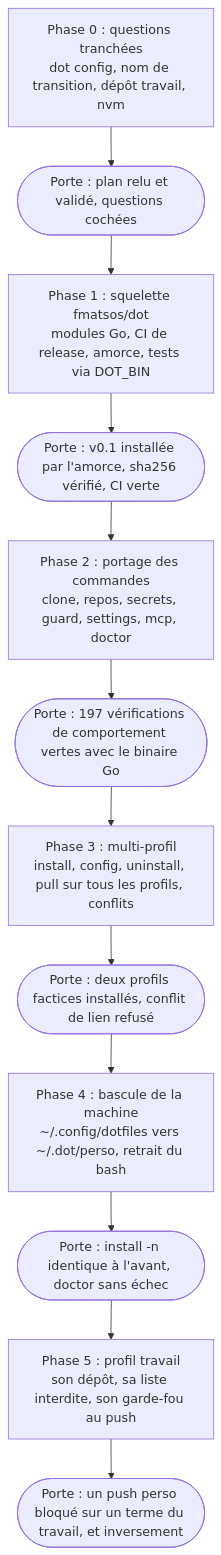
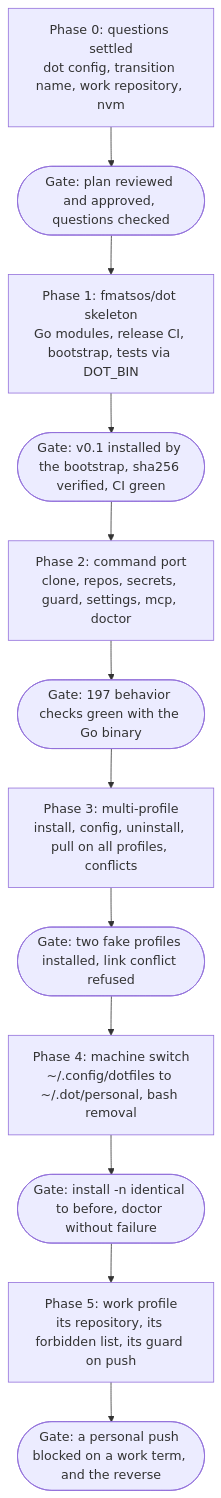
One commit to fmatsos/dot changed the second of 2 diagrams in PLAN.md. Above: the diagram before and after it, drawn with Mermaid. The commit also changed other lines of this file and 119 other files, not shown here.

````diff
--- a/PLAN.md
+++ b/PLAN.md
@@ -208,16 +208,16 @@
 ```mermaid
 flowchart TD
-  P0["Phase 0 : questions tranchées<br/>dot config, nom de transition, dépôt travail, nvm"]
-  G0(["Porte : plan relu et validé, questions cochées"])
-  P1["Phase 1 : squelette fmatsos/dot<br/>modules Go, CI de release, amorce, tests via DOT_BIN"]
-  G1(["Porte : v0.1 installée par l'amorce, sha256 vérifié, CI verte"])
-  P2["Phase 2 : portage des commandes<br/>clone, repos, secrets, guard, settings, mcp, doctor"]
-  G2(["Porte : 197 vérifications de comportement vertes avec le binaire Go"])
-  P3["Phase 3 : multi-profil<br/>install, config, uninstall, pull sur tous les profils, conflits"]
-  G3(["Porte : deux profils factices installés, conflit de lien refusé"])
-  P4["Phase 4 : bascule de la machine<br/>~/.config/dotfiles vers ~/.dot/perso, retrait du bash"]
-  G4(["Porte : install -n identique à l'avant, doctor sans échec"])
-  P5["Phase 5 : profil travail<br/>son dépôt, sa liste interdite, son garde-fou au push"]
-  G5(["Porte : un push perso bloqué sur un terme du travail, et inversement"])
+  P0["Phase 0: questions settled<br/>dot config, transition name, work repository, nvm"]
+  G0(["Gate: plan reviewed and approved, questions checked"])
+  P1["Phase 1: fmatsos/dot skeleton<br/>Go modules, release CI, bootstrap, tests via DOT_BIN"]
+  G1(["Gate: v0.1 installed by the bootstrap, sha256 verified, CI green"])
+  P2["Phase 2: command port<br/>clone, repos, secrets, guard, settings, mcp, doctor"]
+  G2(["Gate: 197 behavior checks green with the Go binary"])
+  P3["Phase 3: multi-profile<br/>install, config, uninstall, pull on all profiles, conflicts"]
+  G3(["Gate: two fake profiles installed, link conflict refused"])
+  P4["Phase 4: machine switch<br/>~/.config/dotfiles to ~/.dot/personal, bash removal"]
+  G4(["Gate: install -n identical to before, doctor without failure"])
+  P5["Phase 5: work profile<br/>its repository, its forbidden list, its guard on push"]
+  G5(["Gate: a personal push blocked on a work term, and the reverse"])
   P0 --> G0 --> P1 --> G1 --> P2 --> G2 --> P3 --> G3 --> P4 --> G4 --> P5 --> G5
 ```
````
